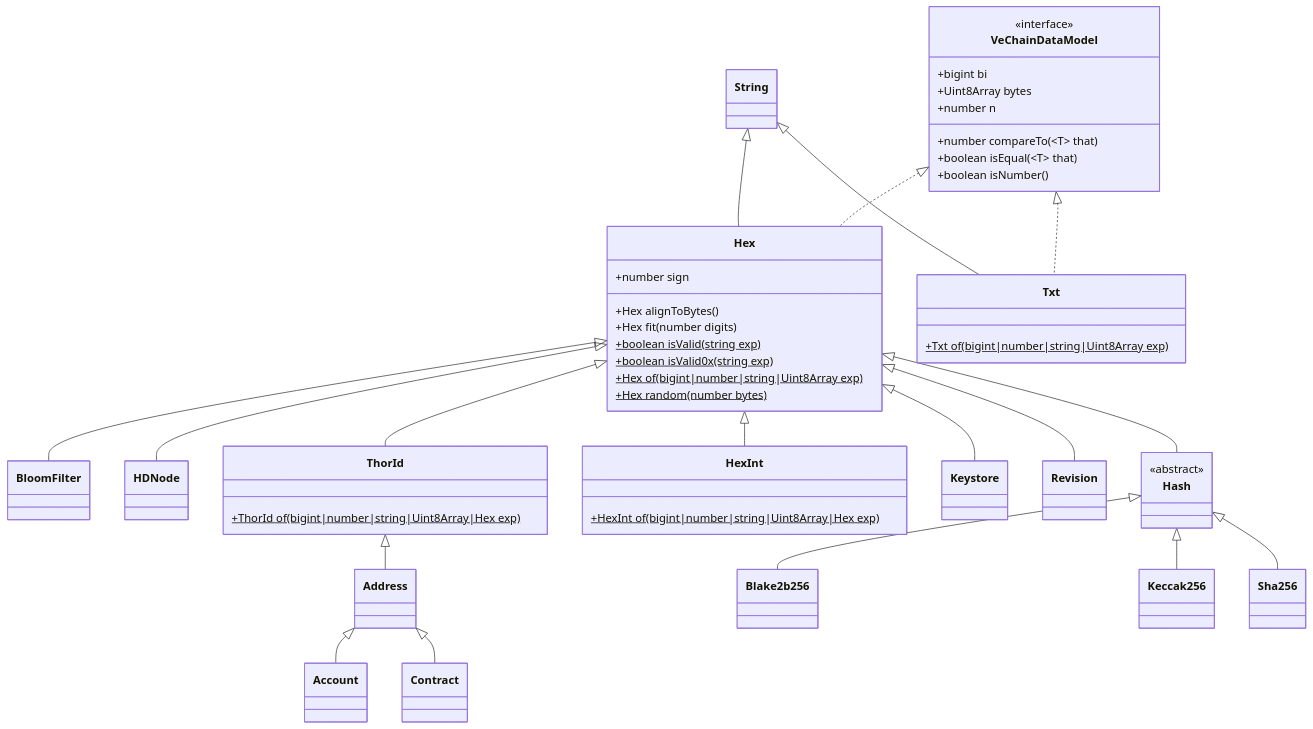
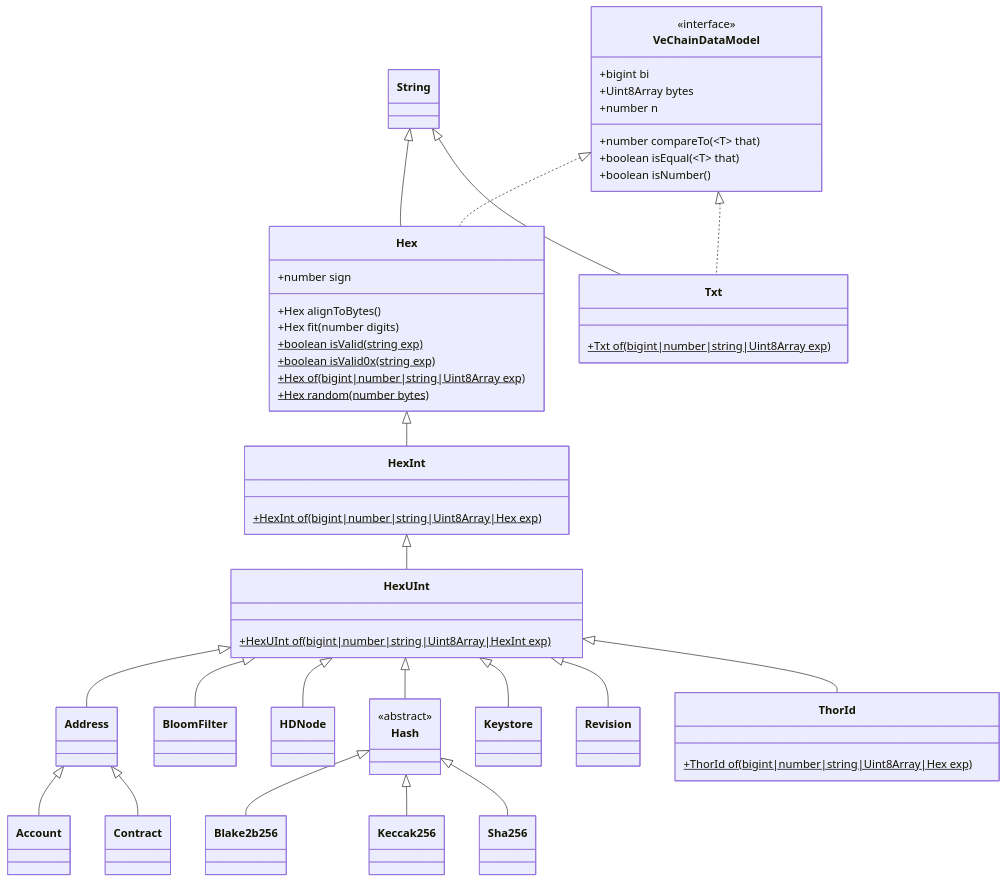
One commit to vechain/vechain-sdk-js changed the diagram in docs/diagrams/architecture/vcdm.md. Above: the diagram before and after it, drawn with Mermaid. The commit also changed 14 other files, not shown here.

````diff
--- a/docs/diagrams/architecture/vcdm.md
+++ b/docs/diagrams/architecture/vcdm.md
@@ -1,62 +1,66 @@
 ```mermaid
 classDiagram
     class Account
     class Address
     class Blake2b256
     class BloomFilter
     class Contract
     class HDNode
     class Hash {
         <<abstract>>
     }
     class Hex {
         +number sign
         +Hex alignToBytes()
         +Hex fit(number digits)
         +boolean isValid(string exp)$
         +boolean isValid0x(string exp)$
         +Hex of(bigint|number|string|Uint8Array exp)$
         +Hex random(number bytes)$
     }
     class HexInt {
         +HexInt of(bigint|number|string|Uint8Array|Hex exp)$
+    }
+    class HexUInt {
+        +HexUInt of(bigint|number|string|Uint8Array|HexInt exp)$
     }
     class Keccak256 
     class Keystore
     class Revision
     class Sha256
     class String
     class ThorId {
         +ThorId of(bigint|number|string|Uint8Array|Hex exp)$
     }
     class Txt {
         +Txt of(bigint|number|string|Uint8Array exp)$
     }
     class String
     class VeChainDataModel{
         <<interface>>
       +bigint bi
       +Uint8Array bytes
       +number n
       +number compareTo(~T~ that)
       +boolean isEqual(~T~ that)
       +boolean isNumber()
     }
     Address <|-- Account
     Address <|-- Contract
     Hash <|-- Blake2b256
     Hash <|-- Keccak256
     Hash <|-- Sha256
-    Hex <|-- BloomFilter
-    Hex <|-- HDNode
-    Hex <|-- Hash
     Hex <|-- HexInt
-    Hex <|-- Keystore
-    Hex <|-- Revision
-    Hex <|-- ThorId
+    HexUInt <|-- Address
+    HexUInt <|-- BloomFilter
+    HexUInt <|-- HDNode
+    HexInt <|-- HexUInt
+    HexUInt <|-- Hash
+    HexUInt <|-- ThorId
+    HexUInt <|-- Keystore
+    HexUInt <|-- Revision
     String <|-- Hex
     String <|-- Txt
-    ThorId <|-- Address
     VeChainDataModel <|.. Hex
     VeChainDataModel <|.. Txt
 ```
````
